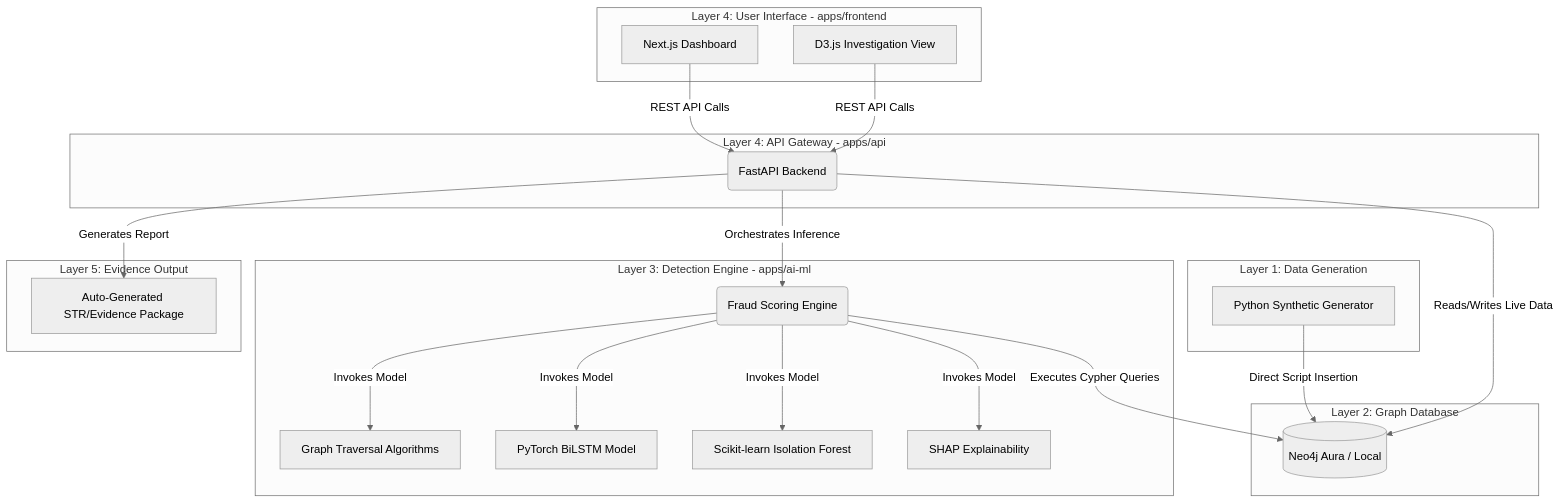
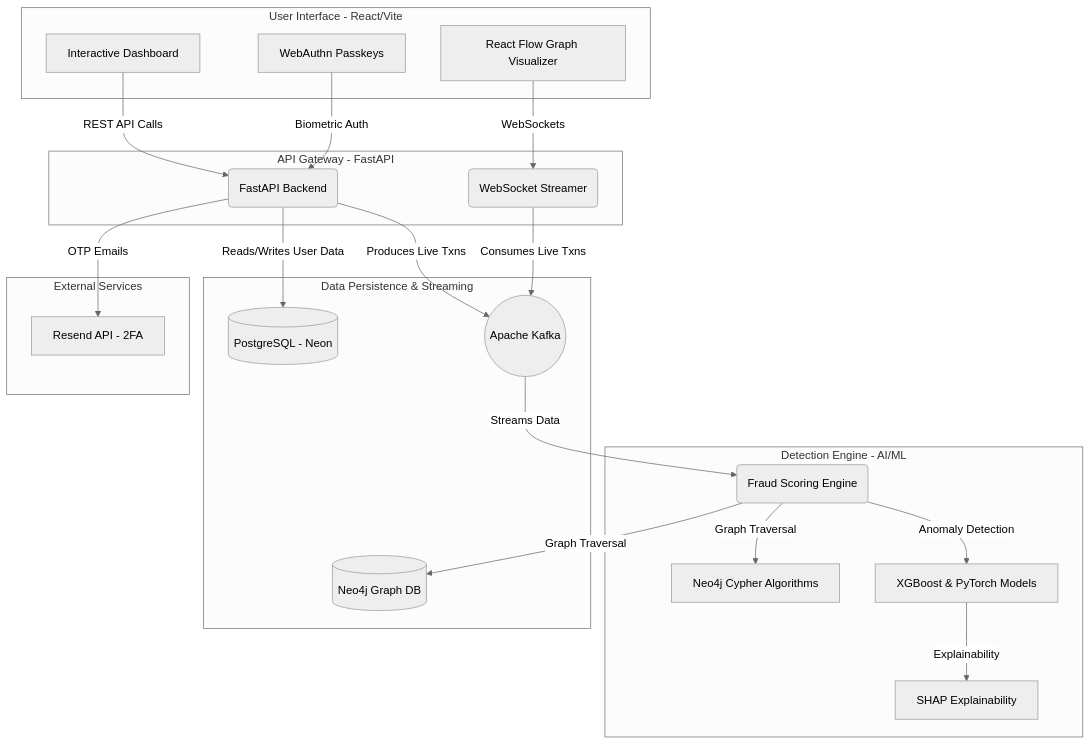
The diagram in README.md (Prg-Yash/trace-x-ideahack), drawn with Mermaid (neutral theme) before and after one commit. The commit also changed other lines of this file and 28 other files, not shown here.

````diff
--- a/README.md
+++ b/README.md
@@ -92,45 +30,50 @@
 ```mermaid
 flowchart TD
-  subgraph DataGen [Layer 1: Data Generation]
-    Z[Python Synthetic Generator]
+  subgraph Client [User Interface - React/Vite]
+    A[Interactive Dashboard]
+    B[React Flow Graph Visualizer]
+    Auth[WebAuthn Passkeys]
   end
-  subgraph Client [Layer 4: User Interface - apps/frontend]
-    A[Next.js Dashboard]
-    B[D3.js Investigation View]
+
+  subgraph API [API Gateway - FastAPI]
+    C(FastAPI Backend)
+    Stream(WebSocket Streamer)
   end
-  subgraph API [Layer 4: API Gateway - apps/api]
-    C(FastAPI Backend)
-  end
-  subgraph Engine [Layer 3: Detection Engine - apps/ai-ml]
+
+  subgraph Engine [Detection Engine - AI/ML]
     D(Fraud Scoring Engine)
-    E[Graph Traversal Algorithms]
-    F[PyTorch BiLSTM Model]
-    G[Scikit-learn Isolation Forest]
+    E[Neo4j Cypher Algorithms]
+    F[XGBoost & PyTorch Models]
     H[SHAP Explainability]
   end
-  subgraph Persistence [Layer 2: Graph Database]
-    I[(Neo4j Aura / Local)]
+
+  subgraph DataLayer [Data Persistence & Streaming]
+    K[(PostgreSQL - Neon)]
+    I[(Neo4j Graph DB)]
+    J((Apache Kafka))
   end
   
-  subgraph Output [Layer 5: Evidence Output]
-    R[Auto-Generated STR/Evidence Package]
+  subgraph External [External Services]
+    R[Resend API - 2FA]
   end
-  %% Data Generation Pipeline
-  Z -- "Direct Script Insertion" --> I
-  
+
   %% Frontend to Backend
   A -- "REST API Calls" --> C
-  B -- "REST API Calls" --> C
+  B -- "WebSockets" --> Stream
+  Auth -- "Biometric Auth" --> C
+  
+  %% Backend to External
+  C -- "OTP Emails" --> R
+
   %% Backend Orchestration
-  C -- "Orchestrates Inference" --> D
-  C -- "Reads/Writes Live Data" --> I
-  C -- "Generates Report" --> R
-  %% Engine Internals
-  D -- "Invokes Model" --> E
-  D -- "Invokes Model" --> F
-  D -- "Invokes Model" --> G
-  D -- "Invokes Model" --> H
+  C -- "Reads/Writes User Data" --> K
+  C -- "Produces Live Txns" --> J
+  Stream -- "Consumes Live Txns" --> J
   
-  %% Engine to DB
-  D -- "Executes Cypher Queries" --> I
+  %% Detection
+  J -- "Streams Data" --> D
+  D -- "Graph Traversal" --> I
+  D -- "Graph Traversal" --> E
+  D -- "Anomaly Detection" --> F
+  F -- "Explainability" --> H
 ```
````
